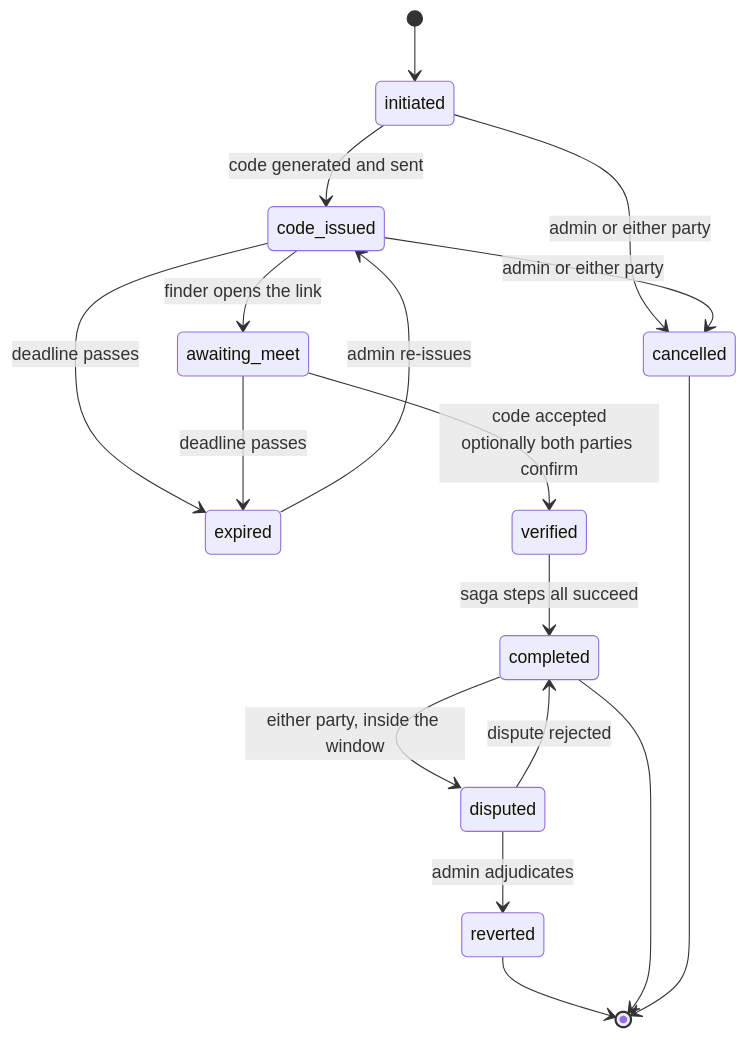
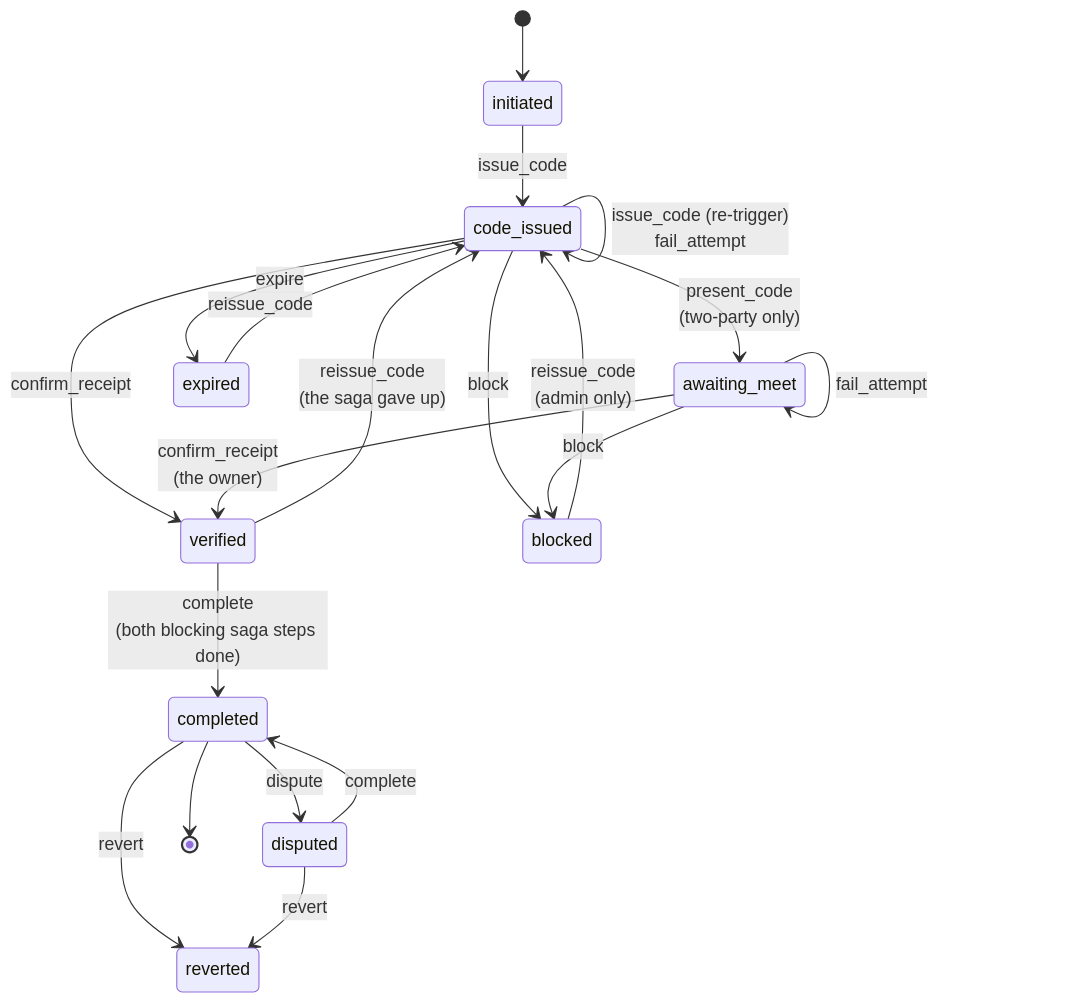
The first of 4 diagrams in docs/architecture/state-machines.md (Vinay-R-S/ReClaim-AI), drawn with Mermaid before and after one commit. The commit also changed other lines of this file and 37 other files, not shown here.

````diff
--- a/docs/architecture/state-machines.md
+++ b/docs/architecture/state-machines.md
@@ -54,19 +15,22 @@
 ```mermaid
 stateDiagram-v2
     [*] --> initiated
-    initiated --> code_issued: code generated and sent
-    code_issued --> awaiting_meet: finder opens the link
-    code_issued --> expired: deadline passes
-    awaiting_meet --> verified: code accepted<br/>optionally both parties confirm
-    awaiting_meet --> expired: deadline passes
-    verified --> completed: saga steps all succeed
-    completed --> disputed: either party, inside the window
-    disputed --> reverted: admin adjudicates
-    disputed --> completed: dispute rejected
-    initiated --> cancelled: admin or either party
-    code_issued --> cancelled: admin or either party
-    expired --> code_issued: admin re-issues
-    reverted --> [*]
+    initiated --> code_issued: issue_code
+    code_issued --> code_issued: issue_code (re-trigger)<br/>fail_attempt
+    code_issued --> awaiting_meet: present_code<br/>(two-party only)
+    code_issued --> verified: confirm_receipt
+    awaiting_meet --> verified: confirm_receipt<br/>(the owner)
+    awaiting_meet --> awaiting_meet: fail_attempt
+    verified --> completed: complete<br/>(both blocking saga steps done)
+    verified --> code_issued: reissue_code<br/>(the saga gave up)
+    code_issued --> blocked: block
+    awaiting_meet --> blocked: block
+    code_issued --> expired: expire
+    blocked --> code_issued: reissue_code<br/>(admin only)
+    expired --> code_issued: reissue_code
+    completed --> disputed: dispute
+    completed --> reverted: revert
+    disputed --> completed: complete
+    disputed --> reverted: revert
     completed --> [*]
-    cancelled --> [*]
 ```
````
